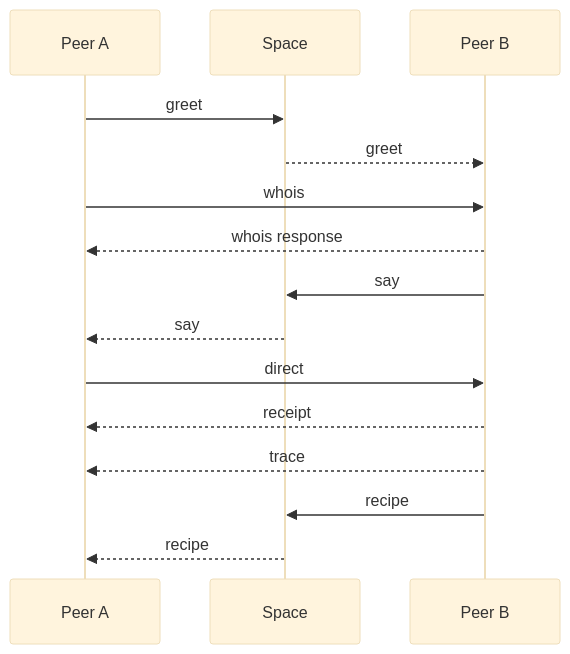
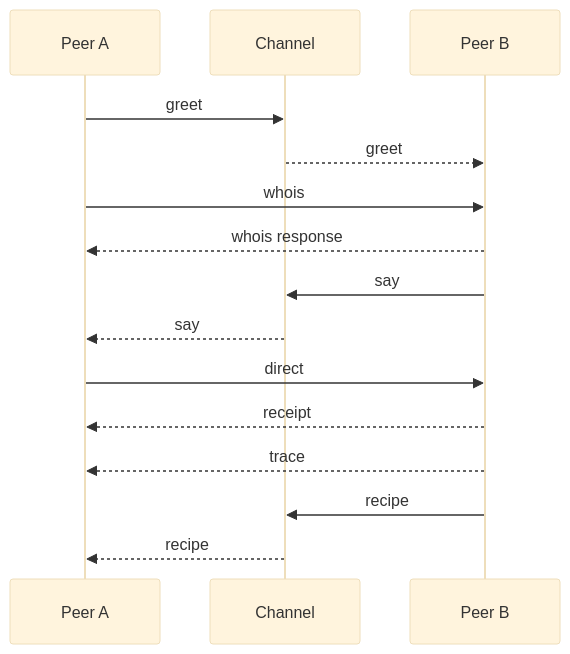
Before and after one commit to compozy/agh: the fourth of 7 diagrams in docs/rfcs/003_agh-network-v0.md, drawn with Mermaid (base theme). The commit also changed other lines of this file and 223 other files, not shown here.

````diff
--- a/docs/rfcs/003_agh-network-v0.md
+++ b/docs/rfcs/003_agh-network-v0.md
@@ -435,18 +435,18 @@
 ```mermaid
 sequenceDiagram
     participant A as Peer A
-    participant S as Space
+    participant S as Channel
     participant B as Peer B
 
     A->>S: greet
     S-->>B: greet
     A->>B: whois
     B-->>A: whois response
     B->>S: say
     S-->>A: say
     A->>B: direct
     B-->>A: receipt
     B-->>A: trace
     B->>S: recipe
     S-->>A: recipe
 ```
````
